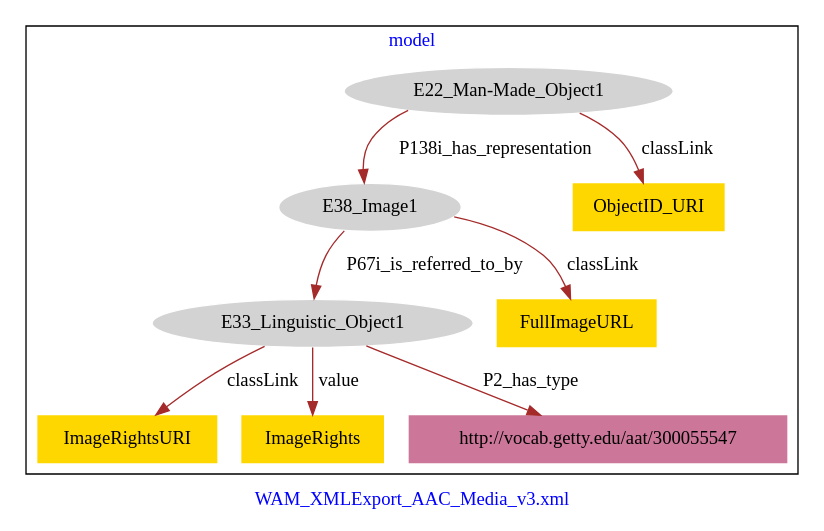
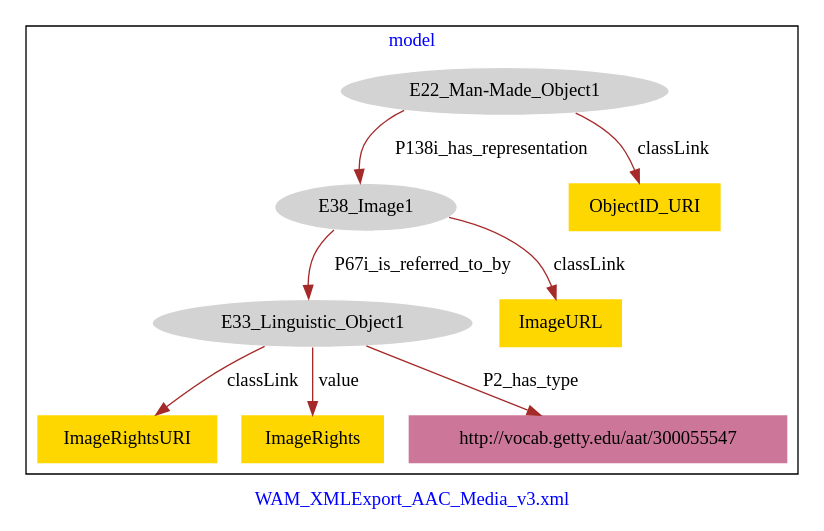
One commit to american-art/wam changed the diagram in WAM_AAC_Media/WAM_AAC_Media-model.dot. Above: the diagram before and after it, drawn with Graphviz.

Commit message:
Update file WAM_AAC_Media-model.dot

```diff
--- a/WAM_AAC_Media/WAM_AAC_Media-model.dot
+++ b/WAM_AAC_Media/WAM_AAC_Media-model.dot
@@ -1,23 +1,23 @@
 digraph n0 {
 fontcolor="blue"
 remincross="true"
 label="WAM_XMLExport_AAC_Media_v3.xml"
 subgraph cluster {
 label="model"
 n2[style="filled",color="white",fillcolor="lightgray",label="E22_Man-Made_Object1"];
 n3[style="filled",color="white",fillcolor="lightgray",label="E38_Image1"];
 n4[style="filled",color="white",fillcolor="lightgray",label="E33_Linguistic_Object1"];
-n5[shape="plaintext",style="filled",fillcolor="gold",label="FullImageURL"];
-n6[shape="plaintext",style="filled",fillcolor="gold",label="ImageRightsURI"];
-n7[shape="plaintext",style="filled",fillcolor="gold",label="ObjectID_URI"];
+n5[shape="plaintext",style="filled",fillcolor="gold",label="ObjectID_URI"];
+n6[shape="plaintext",style="filled",fillcolor="gold",label="ImageURL"];
+n7[shape="plaintext",style="filled",fillcolor="gold",label="ImageRightsURI"];
 n8[shape="plaintext",style="filled",fillcolor="gold",label="ImageRights"];
 n9[shape="plaintext",style="filled",fillcolor="#CC7799",label="http://vocab.getty.edu/aat/300055547"];
 }
 n2 -> n3[color="brown",fontcolor="black",label="P138i_has_representation"]
 n3 -> n4[color="brown",fontcolor="black",label="P67i_is_referred_to_by"]
-n3 -> n5[color="brown",fontcolor="black",label="classLink"]
-n4 -> n6[color="brown",fontcolor="black",label="classLink"]
-n2 -> n7[color="brown",fontcolor="black",label="classLink"]
+n2 -> n5[color="brown",fontcolor="black",label="classLink"]
+n3 -> n6[color="brown",fontcolor="black",label="classLink"]
+n4 -> n7[color="brown",fontcolor="black",label="classLink"]
 n4 -> n8[color="brown",fontcolor="black",label="value"]
 n4 -> n9[color="brown",fontcolor="black",label="P2_has_type"]
 }
```
